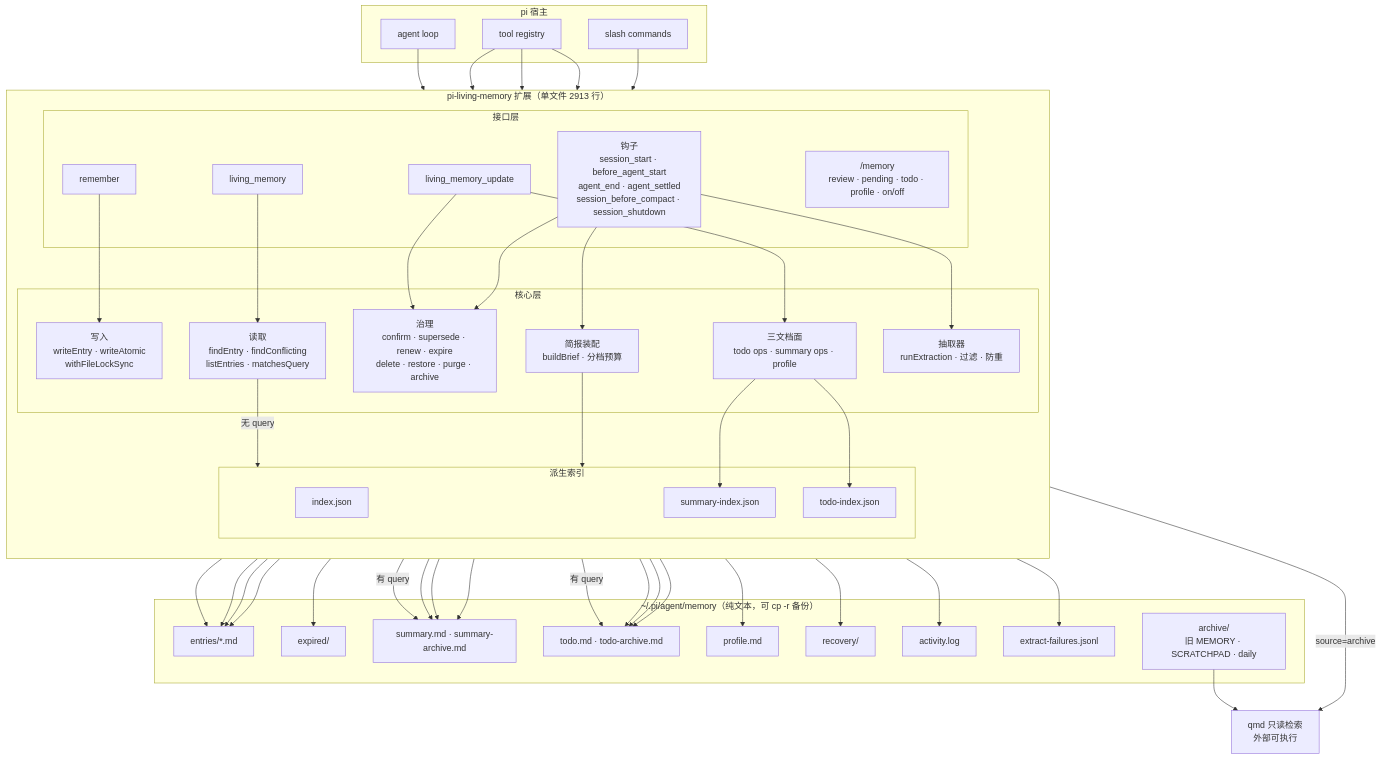
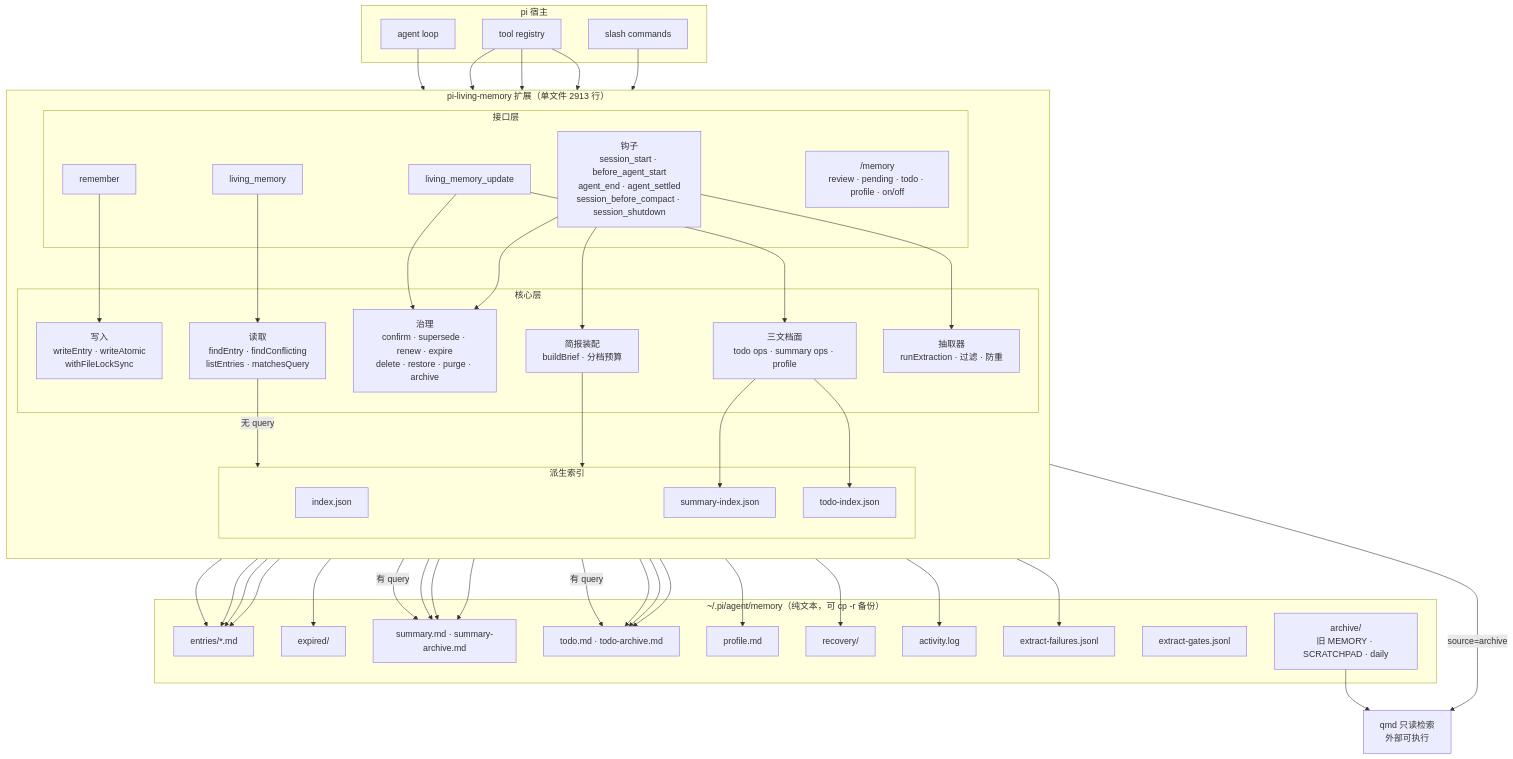
Before and after one commit to robert-zz/pi-living-memory: the first of 6 diagrams in docs/architecture.md, drawn with Mermaid. The commit also changed other lines of this file and 6 other files, not shown here.

````diff
--- a/docs/architecture.md
+++ b/docs/architecture.md
@@ -22,67 +22,68 @@
 ```mermaid
 flowchart TB
   subgraph HOST["pi 宿主"]
     LOOP[agent loop]
     TOOLS[tool registry]
     CMD[slash commands]
   end
 
   subgraph EXT["pi-living-memory 扩展（单文件 2913 行）"]
     direction TB
     subgraph IFACE["接口层"]
       T1[remember]
       T2[living_memory]
       T3[living_memory_update]
       C1["/memory<br/>review · pending · todo · profile · on/off"]
       H1["钩子<br/>session_start · before_agent_start<br/>agent_end · agent_settled<br/>session_before_compact · session_shutdown"]
     end
     subgraph CORE["核心层"]
       W[写入<br/>writeEntry · writeAtomic<br/>withFileLockSync]
       R[读取<br/>findEntry · findConflicting<br/>listEntries · matchesQuery]
       G[治理<br/>confirm · supersede · renew · expire<br/>delete · restore · purge · archive]
       D[三文档面<br/>todo ops · summary ops · profile]
       X[抽取器<br/>runExtraction · 过滤 · 防重]
       BR[简报装配<br/>buildBrief · 分档预算]
     end
     subgraph CACHE["派生索引"]
       I1[index.json]
       I2[summary-index.json]
       I3[todo-index.json]
     end
   end
 
   subgraph STORE["~/.pi/agent/memory（纯文本，可 cp -r 备份）"]
     E[entries/*.md]
     EX[expired/]
     SM[summary.md · summary-archive.md]
     TD[todo.md · todo-archive.md]
     PF[profile.md]
     RC[recovery/]
     AL[activity.log]
     XF[extract-failures.jsonl]
+    XG[extract-gates.jsonl]
     AR[archive/<br/>旧 MEMORY · SCRATCHPAD · daily]
   end
 
   QMD[qmd 只读检索<br/>外部可执行]
 
   LOOP --> H1
   TOOLS --> T1 & T2 & T3
   CMD --> C1
   T1 --> W
   T2 --> R
   T3 --> G & D
   H1 --> BR & X & G
   W --> E
   W --> RC
   W --> AL
   R --> E
   R -->|有 query| SM & TD
   R -->|无 query| CACHE
   BR --> CACHE
   G --> EX & SM & TD
   D --> SM & TD & PF & I2 & I3
   X --> E & XF
   CACHE --> E & SM & TD
   AR --> QMD
   T2 -->|source=archive| QMD
 ```
````
